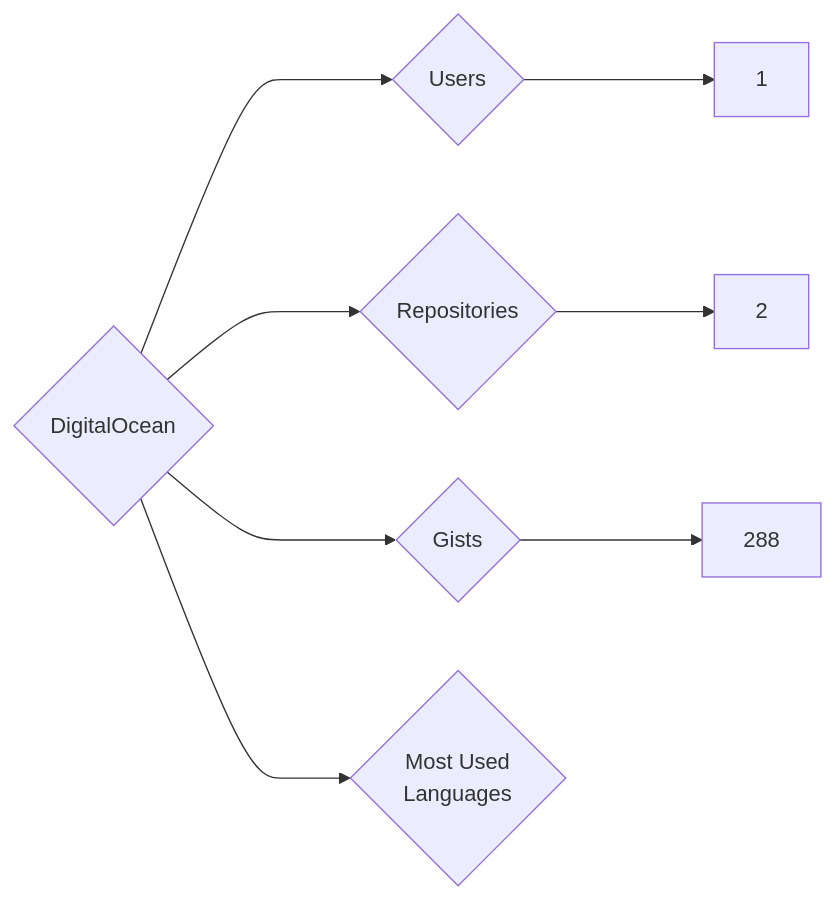
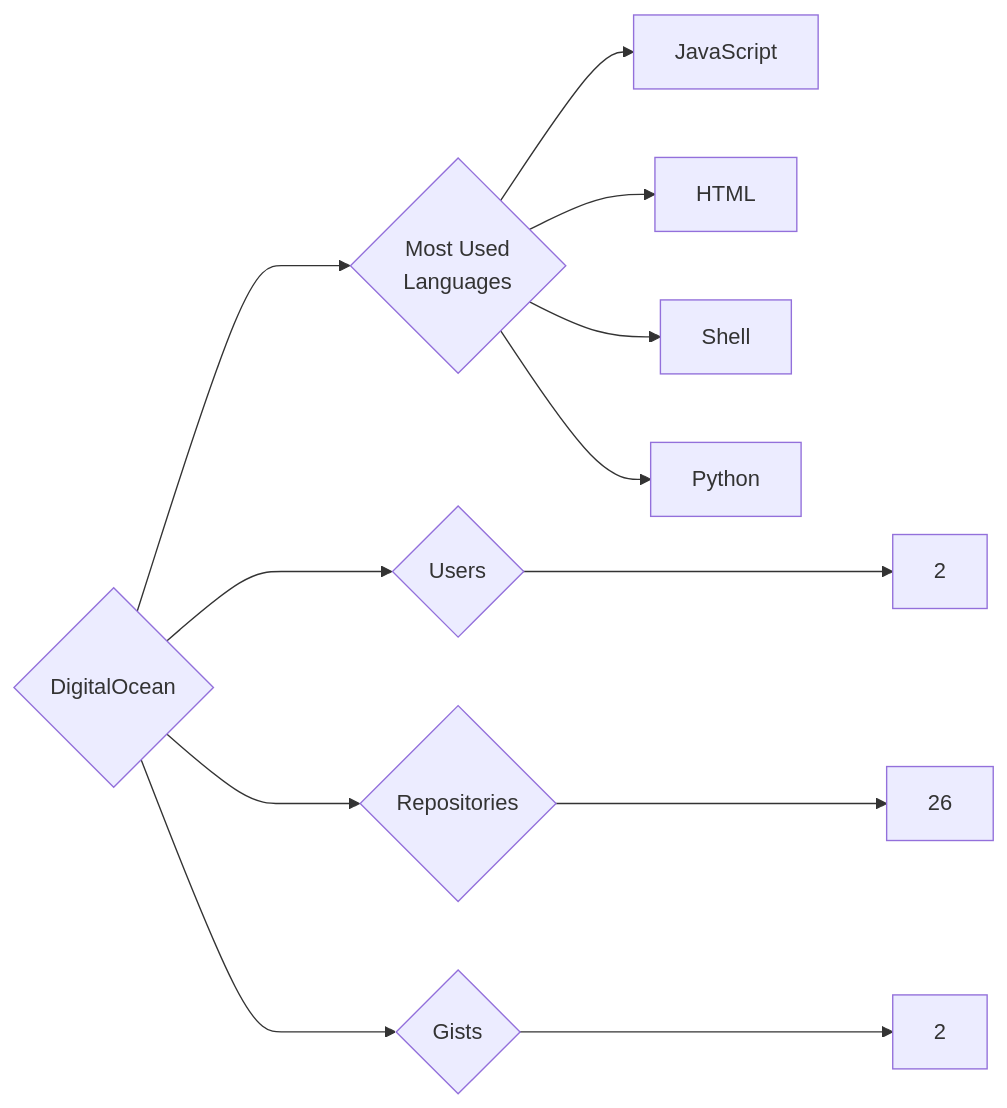
Before and after one commit to trickest/insiders: the diagram in targets/DigitalOcean/README.md, drawn with Mermaid. The commit also changed 912 other files, not shown here.

````diff
--- a/targets/DigitalOcean/README.md
+++ b/targets/DigitalOcean/README.md
@@ -3,8 +3,12 @@
 ```mermaid
 graph LR
 COMPANY_NAME{DigitalOcean}
-COMPANY_NAME ---> U{Users} ---> UN[1]
-COMPANY_NAME ---> R{Repositories} ---> RN[2]
-COMPANY_NAME ---> G{Gists} ---> GN[288]
+COMPANY_NAME ---> U{Users} ---> UN[2]
+COMPANY_NAME ---> R{Repositories} ---> RN[26]
+COMPANY_NAME ---> G{Gists} ---> GN[2]
 COMPANY_NAME ---> ML{Most Used<br>Languages}
+ML --> JavaScript[JavaScript]
+ML --> HTML[HTML]
+ML --> Shell[Shell]
+ML --> Python[Python]
 ```
````
